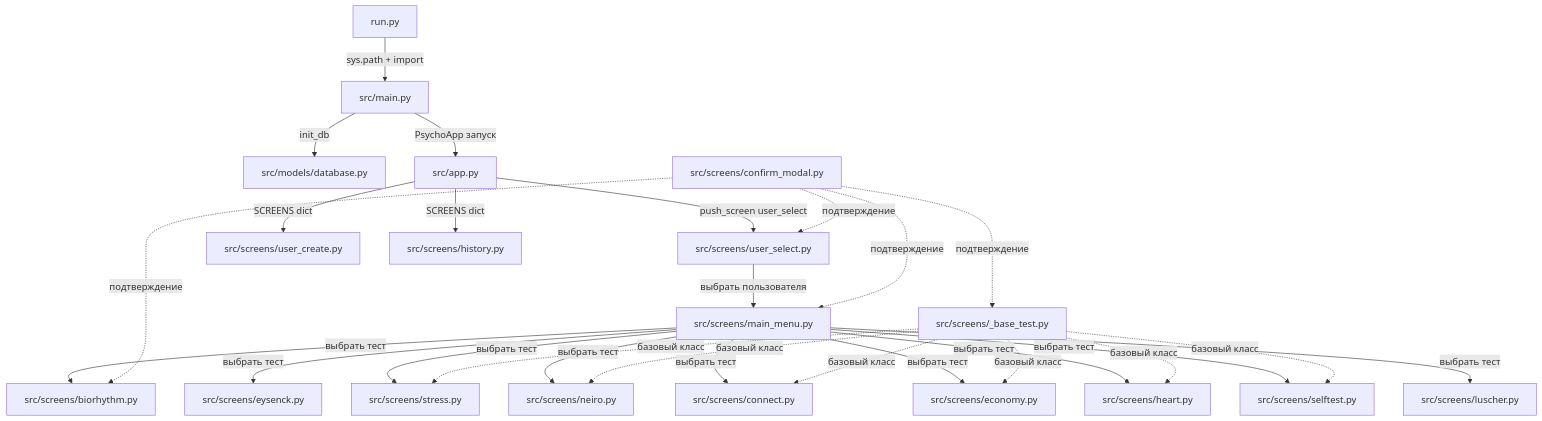
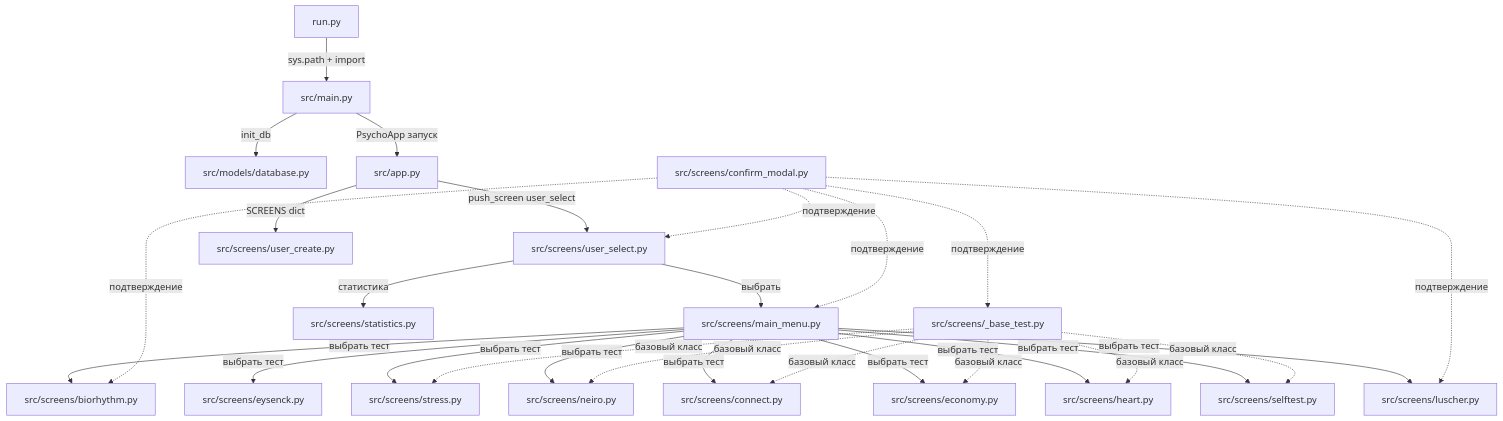
One commit to levpr1c/psychotests changed the first of 7 diagrams in docs/development.md. Above: the diagram before and after it, drawn with Mermaid. The commit also changed other lines of this file and 1 other file, not shown here.

````diff
--- a/docs/development.md
+++ b/docs/development.md
@@ -5,33 +5,35 @@
 ```mermaid
 flowchart TD
     run.py -->|sys.path + import| src/main.py
     src/main.py -->|init_db| src/models/database.py
     src/main.py -->|PsychoApp запуск| src/app.py
 
     src/app.py -->|push_screen user_select| src/screens/user_select.py
     src/app.py -->|SCREENS dict| src/screens/user_create.py
-    src/app.py -->|SCREENS dict| src/screens/history.py
 
-    src/screens/user_select.py -->|выбрать пользователя| src/screens/main_menu.py
+    src/screens/user_select.py -->|выбрать| src/screens/main_menu.py
+    src/screens/user_select.py -->|статистика| src/screens/statistics.py
+
     src/screens/main_menu.py -->|выбрать тест| src/screens/biorhythm.py
     src/screens/main_menu.py -->|выбрать тест| src/screens/eysenck.py
     src/screens/main_menu.py -->|выбрать тест| src/screens/stress.py
     src/screens/main_menu.py -->|выбрать тест| src/screens/neiro.py
     src/screens/main_menu.py -->|выбрать тест| src/screens/connect.py
     src/screens/main_menu.py -->|выбрать тест| src/screens/economy.py
     src/screens/main_menu.py -->|выбрать тест| src/screens/heart.py
     src/screens/main_menu.py -->|выбрать тест| src/screens/selftest.py
     src/screens/main_menu.py -->|выбрать тест| src/screens/luscher.py
 
     src/screens/_base_test.py -.->|базовый класс| src/screens/stress.py
     src/screens/_base_test.py -.->|базовый класс| src/screens/neiro.py
     src/screens/_base_test.py -.->|базовый класс| src/screens/connect.py
     src/screens/_base_test.py -.->|базовый класс| src/screens/economy.py
     src/screens/_base_test.py -.->|базовый класс| src/screens/heart.py
     src/screens/_base_test.py -.->|базовый класс| src/screens/selftest.py
 
     src/screens/confirm_modal.py -.->|подтверждение| src/screens/user_select.py
     src/screens/confirm_modal.py -.->|подтверждение| src/screens/main_menu.py
     src/screens/confirm_modal.py -.->|подтверждение| src/screens/_base_test.py
     src/screens/confirm_modal.py -.->|подтверждение| src/screens/biorhythm.py
+    src/screens/confirm_modal.py -.->|подтверждение| src/screens/luscher.py
 ```
````
